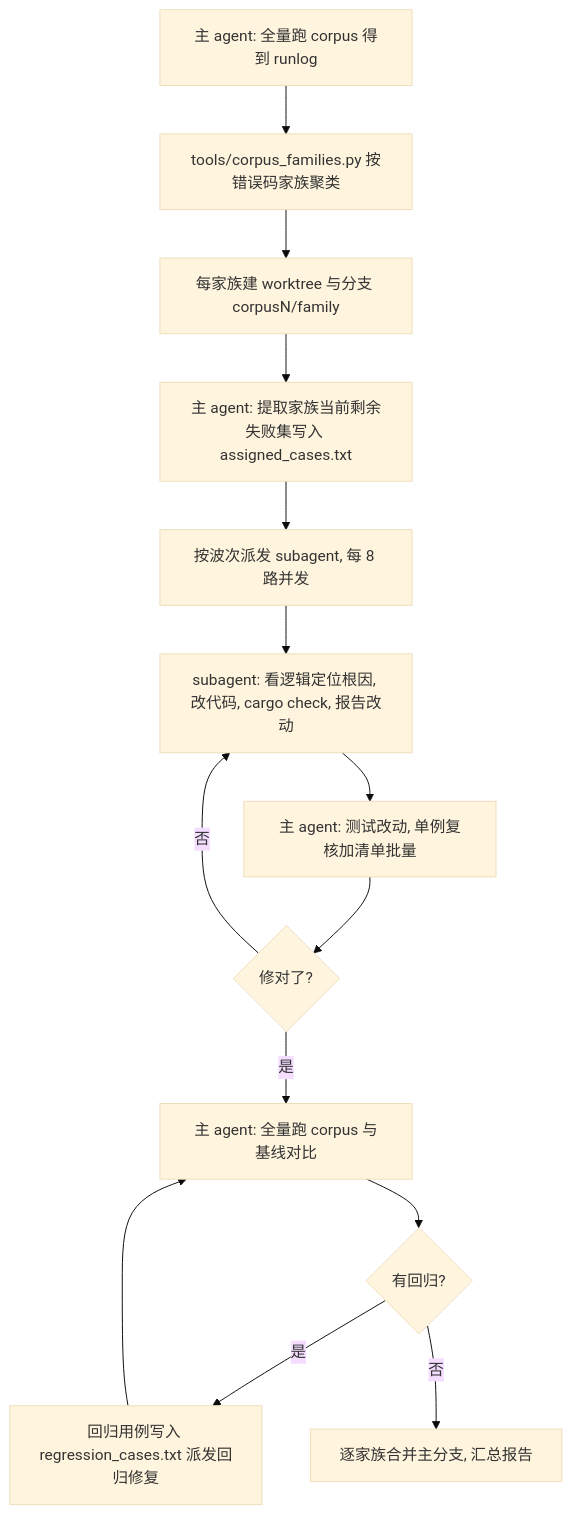
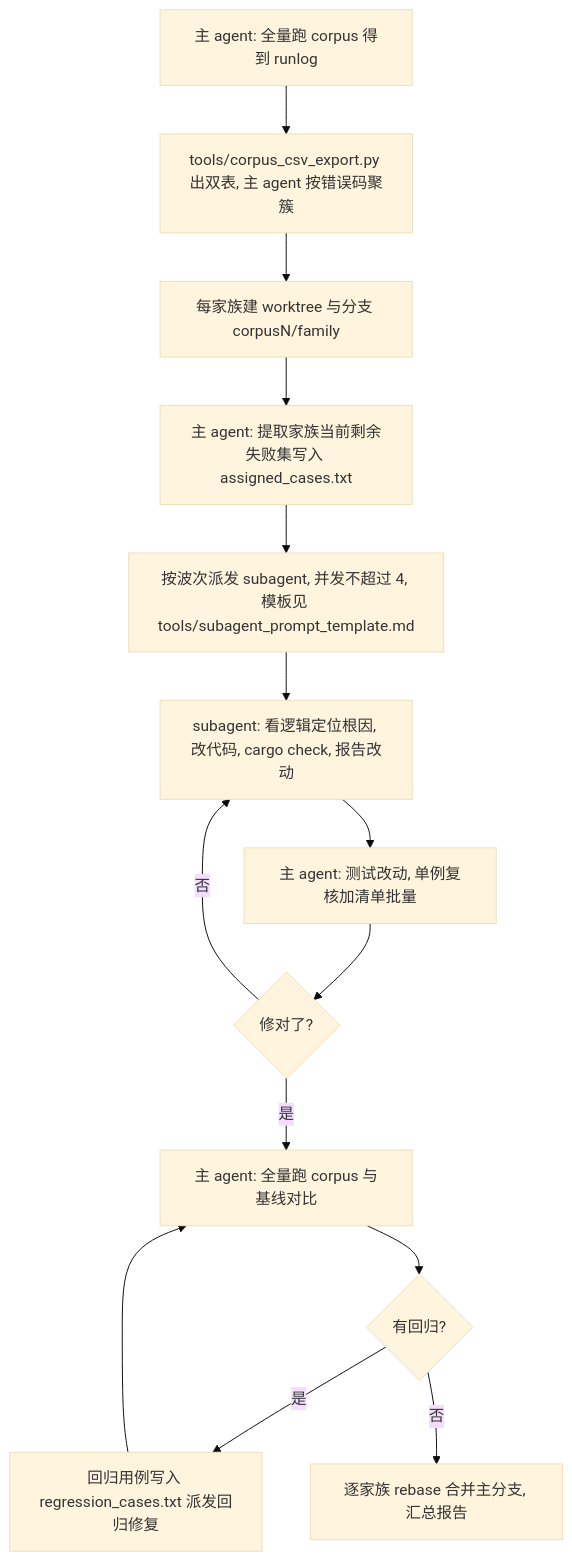
Before and after one commit to idealjs/typescript-rust: the diagram in docs/subagent-corpus-repair.md, drawn with Mermaid (base theme). The commit also changed 12 other files, not shown here.

Commit message:
chore(cleanup): 仓库记忆清理 — 删除 todos/ 轮次锚点(内容已在 git 历史可找回)、fourslash 迁移期产物(generate_fourslash.py 与三份清单)、旧轮次过程工具(corpus_batch/categorize/diff_fails/families/sync);保留清单:AGENTS.md、subagent 工作要求(decisions+docs)、派发模板、csv 导出工具及 SKIP 基准、源码与测试用例;docs 工作流图与 README 目录列表同步移除对已删工具与目录的悬空引用

````diff
--- a/docs/subagent-corpus-repair.md
+++ b/docs/subagent-corpus-repair.md
@@ -9,16 +9,16 @@
 ```mermaid
 flowchart TD
-    A[主 agent: 全量跑 corpus 得到 runlog] --> B[tools/corpus_families.py 按错误码家族聚类]
+    A[主 agent: 全量跑 corpus 得到 runlog] --> B[tools/corpus_csv_export.py 出双表, 主 agent 按错误码聚簇]
     B --> C[每家族建 worktree 与分支 corpusN/family]
     C --> D[主 agent: 提取家族当前剩余失败集写入 assigned_cases.txt]
-    D --> E[按波次派发 subagent, 每 8 路并发]
+    D --> E[按波次派发 subagent, 并发不超过 4, 模板见 tools/subagent_prompt_template.md]
     E --> F[subagent: 看逻辑定位根因, 改代码, cargo check, 报告改动]
     F --> G[主 agent: 测试改动, 单例复核加清单批量]
     G --> H{修对了?}
     H -- 否 --> F
     H -- 是 --> I[主 agent: 全量跑 corpus 与基线对比]
     I --> J{有回归?}
     J -- 是 --> K[回归用例写入 regression_cases.txt 派发回归修复]
     K --> I
-    J -- 否 --> L[逐家族合并主分支, 汇总报告]
+    J -- 否 --> L[逐家族 rebase 合并主分支, 汇总报告]
 ```
````
